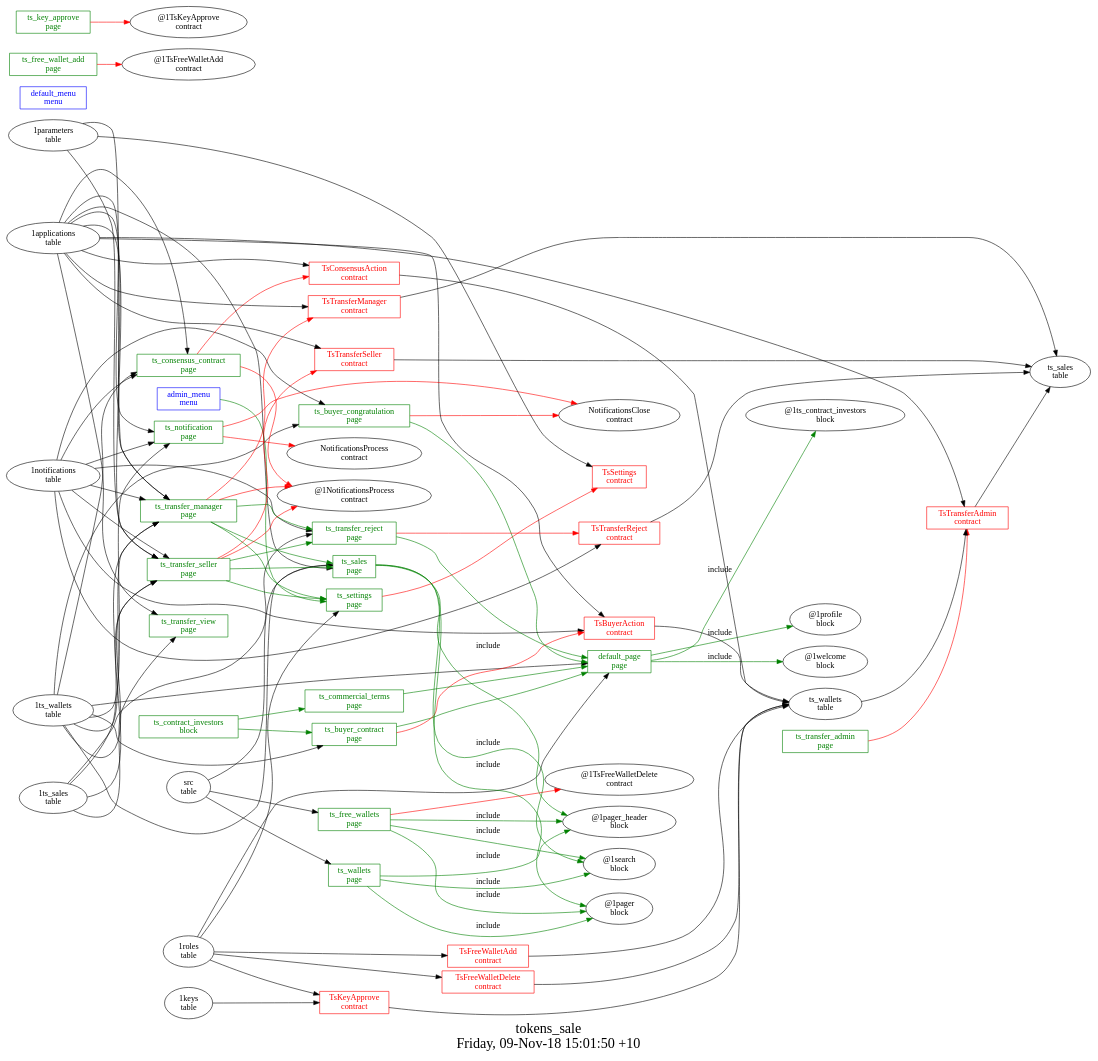
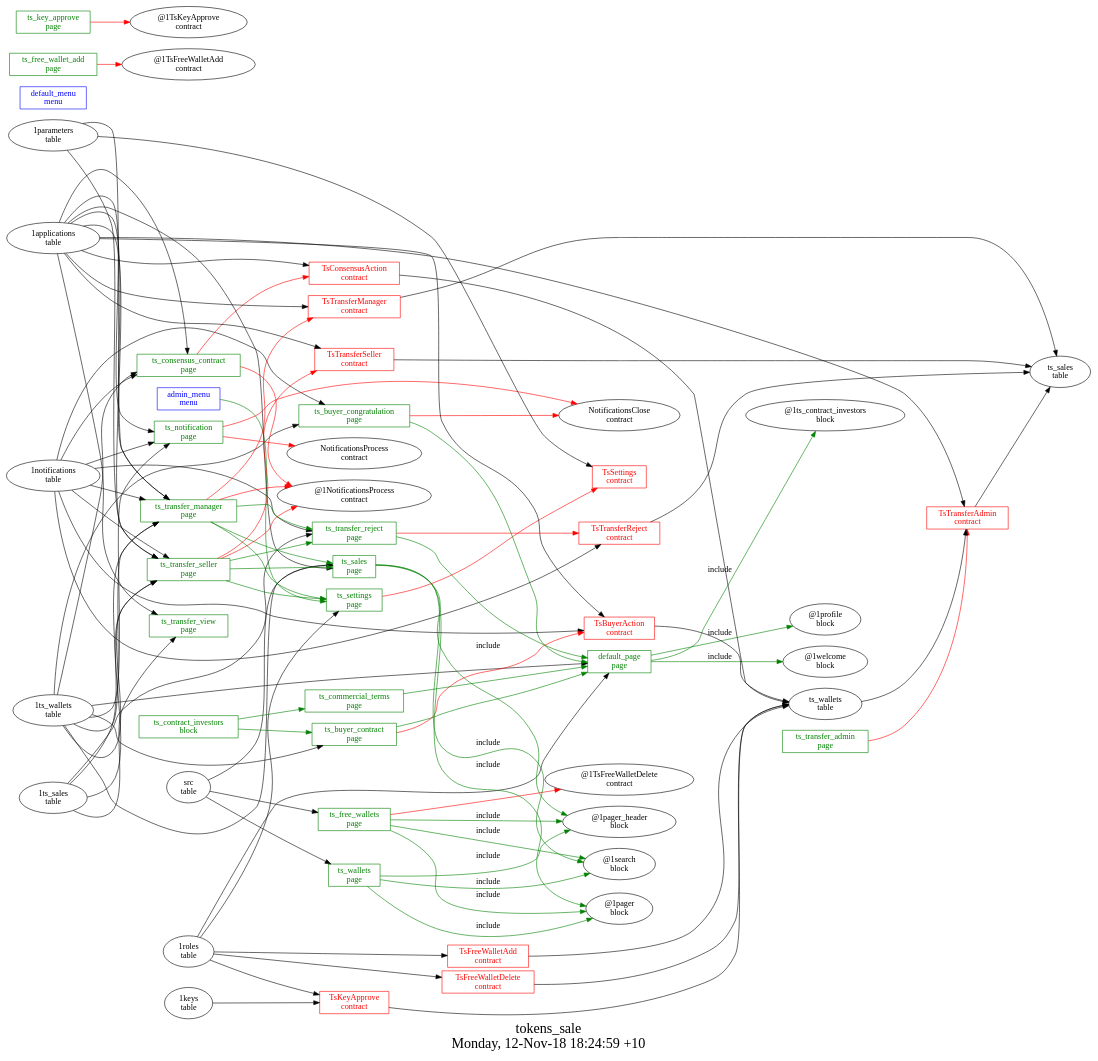
The diagram in other/tokens_sale/struct.dot (AplaProject/apps), drawn with Graphviz before and after one commit. The commit also changed 8 other files, not shown here.

```diff
--- a/other/tokens_sale/struct.dot
+++ b/other/tokens_sale/struct.dot
@@ -1,134 +1,134 @@
 digraph G {
 fontsize="24";
-label="tokens_sale\nFriday, 09-Nov-18 15:01:50 +10";
+label="tokens_sale\nMonday, 12-Nov-18 18:24:59 +10";
 nojustify=true;
 ordering=out;
 rankdir=LR;
 size="30";
 "admin_menu\nmenu" -> "ts_settings\npage"  [ color=green ]
 "admin_menu\nmenu" [color=blue, fontcolor=blue, group=menus, shape=record];
 "default_menu\nmenu" [color=blue, fontcolor=blue, group=menus, shape=record];
 "1ts_wallets\ntable" -> "default_page\npage"
 "1roles\ntable" -> "default_page\npage"
 "default_page\npage" -> "@1ts_contract_investors\nblock"  [ color=green, label=include ]
 "default_page\npage" -> "@1profile\nblock"  [ color=green, label=include ]
 "default_page\npage" -> "@1welcome\nblock"  [ color=green, label=include ]
 "default_page\npage" [color=green, fontcolor=green, group=pages, shape=record];
 "ts_buyer_congratulation\npage" -> "NotificationsClose\ncontract"  [ color=red ]
 "1ts_wallets\ntable" -> "ts_buyer_congratulation\npage"
 "1notifications\ntable" -> "ts_buyer_congratulation\npage"
 "ts_buyer_congratulation\npage" -> "default_page\npage"  [ color=green ]
 "ts_buyer_congratulation\npage" [color=green, fontcolor=green, group=pages, shape=record];
 "ts_buyer_contract\npage" -> "TsBuyerAction\ncontract"  [ color=red ]
 "1ts_wallets\ntable" -> "ts_buyer_contract\npage"
 "ts_buyer_contract\npage" -> "default_page\npage"  [ color=green ]
 "ts_buyer_contract\npage" [color=green, fontcolor=green, group=pages, shape=record];
 "ts_commercial_terms\npage" -> "default_page\npage"  [ color=green ]
 "ts_commercial_terms\npage" [color=green, fontcolor=green, group=pages, shape=record];
 "ts_consensus_contract\npage" -> "TsConsensusAction\ncontract"  [ color=red ]
 "ts_consensus_contract\npage" -> "@1NotificationsProcess\ncontract"  [ color=red ]
 "1applications\ntable" -> "ts_consensus_contract\npage"
 "1notifications\ntable" -> "ts_consensus_contract\npage"
 "1ts_wallets\ntable" -> "ts_consensus_contract\npage"
 "ts_consensus_contract\npage" [color=green, fontcolor=green, group=pages, shape=record];
 "ts_free_wallet_add\npage" -> "@1TsFreeWalletAdd\ncontract"  [ color=red ]
 "ts_free_wallet_add\npage" [color=green, fontcolor=green, group=pages, shape=record];
 "ts_free_wallets\npage" -> "@1TsFreeWalletDelete\ncontract"  [ color=red ]
 "src\ntable" -> "ts_free_wallets\npage"
 "ts_free_wallets\npage" -> "@1pager_header\nblock"  [ color=green, label=include ]
 "ts_free_wallets\npage" -> "@1search\nblock"  [ color=green, label=include ]
 "ts_free_wallets\npage" -> "@1pager\nblock"  [ color=green, label=include ]
 "ts_free_wallets\npage" [color=green, fontcolor=green, group=pages, shape=record];
 "ts_key_approve\npage" -> "@1TsKeyApprove\ncontract"  [ color=red ]
 "ts_key_approve\npage" [color=green, fontcolor=green, group=pages, shape=record];
 "ts_notification\npage" -> "NotificationsClose\ncontract"  [ color=red ]
 "ts_notification\npage" -> "NotificationsProcess\ncontract"  [ color=red ]
 "1applications\ntable" -> "ts_notification\npage"
 "1notifications\ntable" -> "ts_notification\npage"
 "1ts_wallets\ntable" -> "ts_notification\npage"
 "ts_notification\npage" [color=green, fontcolor=green, group=pages, shape=record];
 "1applications\ntable" -> "ts_sales\npage"
 "src\ntable" -> "ts_sales\npage"
 "1ts_wallets\ntable" -> "ts_sales\npage"
 "ts_sales\npage" -> "@1pager_header\nblock"  [ color=green, label=include ]
 "ts_sales\npage" -> "@1search\nblock"  [ color=green, label=include ]
 "ts_sales\npage" -> "@1pager\nblock"  [ color=green, label=include ]
 "ts_sales\npage" [color=green, fontcolor=green, group=pages, shape=record];
 "ts_settings\npage" -> "TsSettings\ncontract"  [ color=red ]
 "1roles\ntable" -> "ts_settings\npage"
 "ts_settings\npage" [color=green, fontcolor=green, group=pages, shape=record];
 "ts_transfer_admin\npage" -> "TsTransferAdmin\ncontract"  [ color=red ]
 "ts_transfer_admin\npage" [color=green, fontcolor=green, group=pages, shape=record];
 "ts_transfer_manager\npage" -> "TsTransferManager\ncontract"  [ color=red ]
 "ts_transfer_manager\npage" -> "@1NotificationsProcess\ncontract"  [ color=red ]
 "1applications\ntable" -> "ts_transfer_manager\npage"
 "1notifications\ntable" -> "ts_transfer_manager\npage"
 "1ts_sales\ntable" -> "ts_transfer_manager\npage"
 "1ts_wallets\ntable" -> "ts_transfer_manager\npage"
 "1parameters\ntable" -> "ts_transfer_manager\npage"
 "ts_transfer_manager\npage" -> "ts_transfer_reject\npage"  [ color=green ]
 "ts_transfer_manager\npage" -> "ts_sales\npage"  [ color=green ]
 "ts_transfer_manager\npage" -> "ts_settings\npage"  [ color=green ]
 "ts_transfer_manager\npage" [color=green, fontcolor=green, group=pages, shape=record];
 "ts_transfer_reject\npage" -> "TsTransferReject\ncontract"  [ color=red ]
 "1notifications\ntable" -> "ts_transfer_reject\npage"
 "1ts_sales\ntable" -> "ts_transfer_reject\npage"
 "ts_transfer_reject\npage" -> "default_page\npage"  [ color=green ]
 "ts_transfer_reject\npage" [color=green, fontcolor=green, group=pages, shape=record];
 "ts_transfer_seller\npage" -> "TsTransferSeller\ncontract"  [ color=red ]
 "ts_transfer_seller\npage" -> "@1NotificationsProcess\ncontract"  [ color=red ]
 "1applications\ntable" -> "ts_transfer_seller\npage"
 "1notifications\ntable" -> "ts_transfer_seller\npage"
 "1ts_sales\ntable" -> "ts_transfer_seller\npage"
 "1ts_wallets\ntable" -> "ts_transfer_seller\npage"
 "1parameters\ntable" -> "ts_transfer_seller\npage"
 "ts_transfer_seller\npage" -> "ts_transfer_reject\npage"  [ color=green ]
 "ts_transfer_seller\npage" -> "ts_sales\npage"  [ color=green ]
 "ts_transfer_seller\npage" -> "ts_settings\npage"  [ color=green ]
 "ts_transfer_seller\npage" [color=green, fontcolor=green, group=pages, shape=record];
 "1applications\ntable" -> "ts_transfer_view\npage"
 "1ts_sales\ntable" -> "ts_transfer_view\npage"
 "ts_transfer_view\npage" [color=green, fontcolor=green, group=pages, shape=record];
 "src\ntable" -> "ts_wallets\npage"
 "ts_wallets\npage" -> "@1pager_header\nblock"  [ color=green, label=include ]
 "ts_wallets\npage" -> "@1search\nblock"  [ color=green, label=include ]
 "ts_wallets\npage" -> "@1pager\nblock"  [ color=green, label=include ]
 "ts_wallets\npage" [color=green, fontcolor=green, group=pages, shape=record];
 "ts_contract_investors\nblock" -> "ts_commercial_terms\npage"  [ color=green ]
 "ts_contract_investors\nblock" -> "ts_buyer_contract\npage"  [ color=green ]
 "ts_contract_investors\nblock" [color=green, fontcolor=green, group=blocks, shape=record];
 "TsBuyerAction\ncontract" -> "ts_wallets\ntable"  [ color="" ]
 "1applications\ntable" -> "TsBuyerAction\ncontract"
 "1notifications\ntable" -> "TsBuyerAction\ncontract"
 "TsBuyerAction\ncontract" [color=red, fontcolor=red, group=contracts, shape=record];
 "TsConsensusAction\ncontract" -> "ts_wallets\ntable"  [ color="" ]
 "1applications\ntable" -> "TsConsensusAction\ncontract"
 "TsConsensusAction\ncontract" [color=red, fontcolor=red, group=contracts, shape=record];
 "TsFreeWalletAdd\ncontract" -> "ts_wallets\ntable"  [ color="" ]
 "1roles\ntable" -> "TsFreeWalletAdd\ncontract"
 "TsFreeWalletAdd\ncontract" [color=red, fontcolor=red, group=contracts, shape=record];
 "TsFreeWalletDelete\ncontract" -> "ts_wallets\ntable"  [ color="" ]
 "1roles\ntable" -> "TsFreeWalletDelete\ncontract"
 "TsFreeWalletDelete\ncontract" [color=red, fontcolor=red, group=contracts, shape=record];
 "TsKeyApprove\ncontract" -> "ts_wallets\ntable"  [ color="" ]
 "1keys\ntable" -> "TsKeyApprove\ncontract"
 "1roles\ntable" -> "TsKeyApprove\ncontract"
 "TsKeyApprove\ncontract" [color=red, fontcolor=red, group=contracts, shape=record];
 "1parameters\ntable" -> "TsSettings\ncontract"
 "TsSettings\ncontract" [color=red, fontcolor=red, group=contracts, shape=record];
 "TsTransferAdmin\ncontract" -> "ts_sales\ntable"  [ color="" ]
 "1applications\ntable" -> "TsTransferAdmin\ncontract"
 "ts_wallets\ntable" -> "TsTransferAdmin\ncontract"
 "TsTransferAdmin\ncontract" [color=red, fontcolor=red, group=contracts, shape=record];
 "TsTransferManager\ncontract" -> "ts_sales\ntable"  [ color="" ]
 "1applications\ntable" -> "TsTransferManager\ncontract"
 "TsTransferManager\ncontract" [color=red, fontcolor=red, group=contracts, shape=record];
 "TsTransferReject\ncontract" -> "ts_sales\ntable"  [ color="" ]
 "1notifications\ntable" -> "TsTransferReject\ncontract"
 "TsTransferReject\ncontract" [color=red, fontcolor=red, group=contracts, shape=record];
 "TsTransferSeller\ncontract" -> "ts_sales\ntable"  [ color="" ]
 "1applications\ntable" -> "TsTransferSeller\ncontract"
 "TsTransferSeller\ncontract" [color=red, fontcolor=red, group=contracts, shape=record];
 "ts_sales\ntable" [color="", fontcolor="", group=tables, shape=""];
 "ts_wallets\ntable" [color="", fontcolor="", group=tables, shape=""];
 }
```
